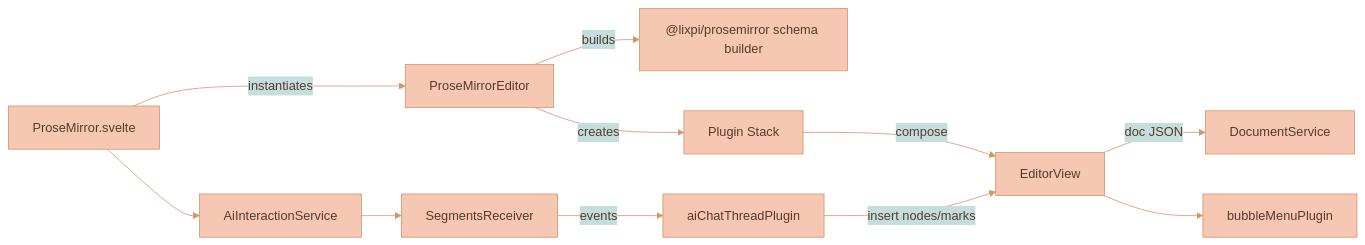
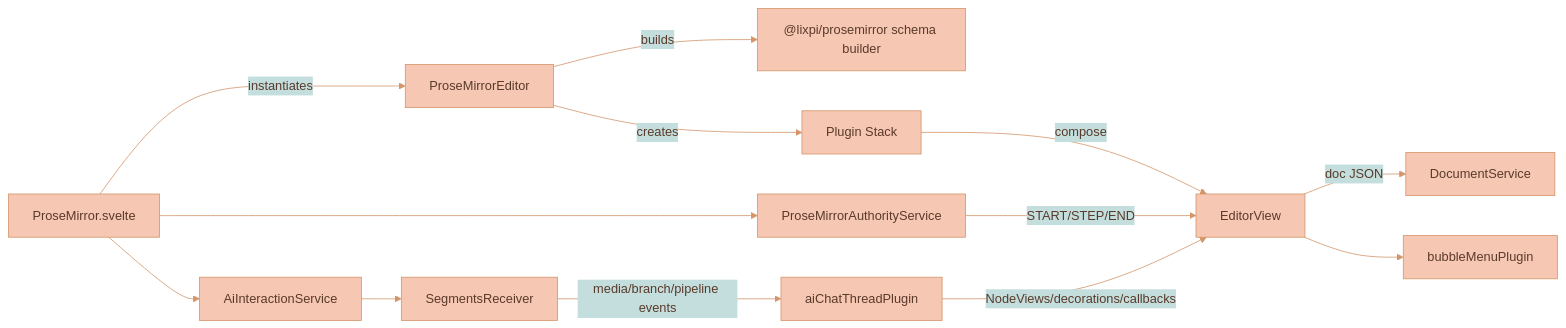
The first of 8 diagrams in services/web-ui/src/components/proseMirror/README.md (Lixpi/lixpi), drawn with Mermaid before and after one commit. The commit also changed other lines of this file and 61 other files, not shown here.

````diff
--- a/services/web-ui/src/components/proseMirror/README.md
+++ b/services/web-ui/src/components/proseMirror/README.md
@@ -13,14 +13,16 @@
 ```mermaid
 %%{init: {'theme': 'base', 'themeVariables': { 'primaryColor': '#F6C7B3', 'primaryTextColor': '#5a3a2a', 'primaryBorderColor': '#d4956a', 'secondaryColor': '#C3DEDD', 'secondaryTextColor': '#1a3a47', 'secondaryBorderColor': '#4a8a9d', 'tertiaryColor': '#DCECE9', 'tertiaryTextColor': '#1a3a47', 'tertiaryBorderColor': '#82B2C0', 'lineColor': '#d4956a', 'textColor': '#5a3a2a'}}}%%
 flowchart LR
   Svelte[ProseMirror.svelte] -->|instantiates| PMEditor[ProseMirrorEditor]
   PMEditor -->|builds| SharedSchema["@lixpi/prosemirror schema builder"]
     PMEditor -->|creates| Plugins[Plugin Stack]
     Plugins -->|compose| EditorView
     EditorView -->|doc JSON| DocumentService
     Svelte --> AiInteractionService
+    Svelte --> ProseMirrorAuthorityService
     AiInteractionService --> SegmentsReceiver
-    SegmentsReceiver -->|events| aiChatThreadPlugin
-    aiChatThreadPlugin -->|insert nodes/marks| EditorView
+    SegmentsReceiver -->|media/branch/pipeline events| aiChatThreadPlugin
+    ProseMirrorAuthorityService -->|START/STEP/END| EditorView
+    aiChatThreadPlugin -->|NodeViews/decorations/callbacks| EditorView
     EditorView --> BubbleMenu[bubbleMenuPlugin]
 ```
````
